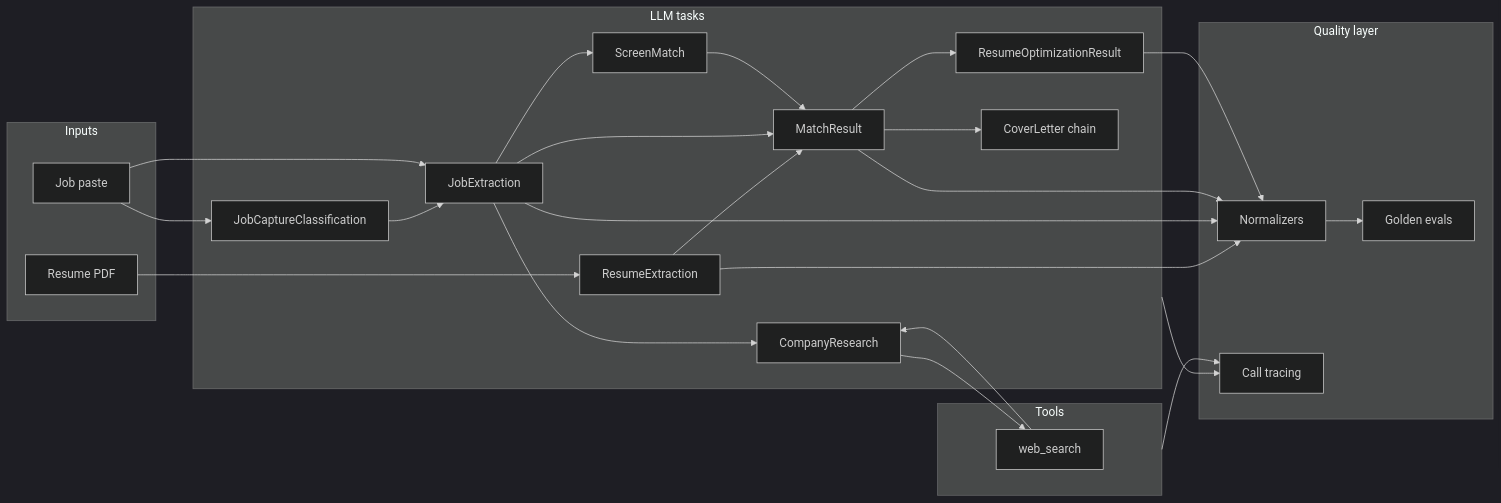
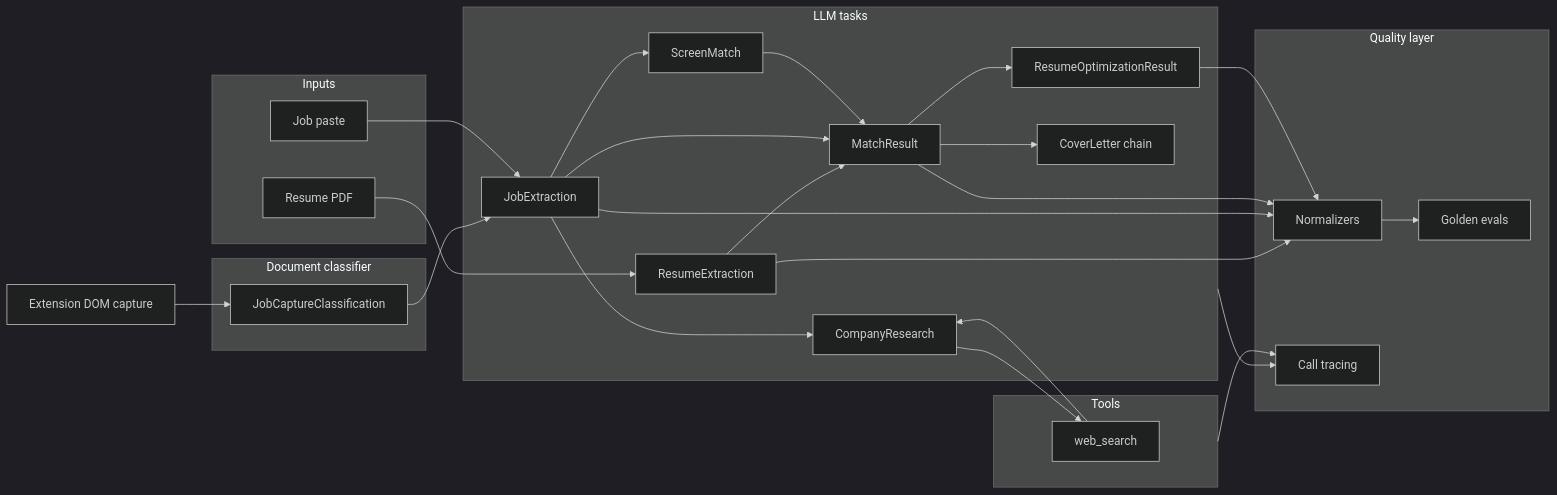
One commit to semirturgay/ai-career-os changed the diagram in docs/ai-engineering.md. Above: the diagram before and after it, drawn with Mermaid (dark theme). The commit also changed other lines of this file and 33 other files, not shown here.

First line of the commit message:
feat(capture): replace LLM classify with chunked document classifier

````diff
--- a/docs/ai-engineering.md
+++ b/docs/ai-engineering.md
@@ -15,50 +15,53 @@
 ```mermaid
 flowchart LR
     subgraph inputs [Inputs]
         PDF[Resume PDF]
         JD[Job paste]
     end
 
     subgraph llm [LLM tasks]
         RE[ResumeExtraction]
-        JC[JobCaptureClassification]
         JE[JobExtraction]
         SM[ScreenMatch]
         MA[MatchResult]
         RO[ResumeOptimizationResult]
         CL[CoverLetter chain]
         CR[CompanyResearch]
+    end
+
+    subgraph classifier [Document classifier]
+        JC[JobCaptureClassification]
     end
 
     subgraph tools [Tools]
         WS[web_search]
     end
 
     subgraph quality [Quality layer]
         N[Normalizers]
         E[Golden evals]
         T[Call tracing]
     end
 
     PDF --> RE
-    JD --> JC
+    CAP[Extension DOM capture] --> JC
     JC --> JE
     JD --> JE
     RE --> MA
     JE --> MA
     JE --> SM
     SM --> MA
     MA --> RO
     MA --> CL
     JE --> CR
     CR --> WS
     WS --> CR
 
     RE --> N
     JE --> N
     MA --> N
     RO --> N
     N --> E
     llm --> T
     tools --> T
 ```
````
